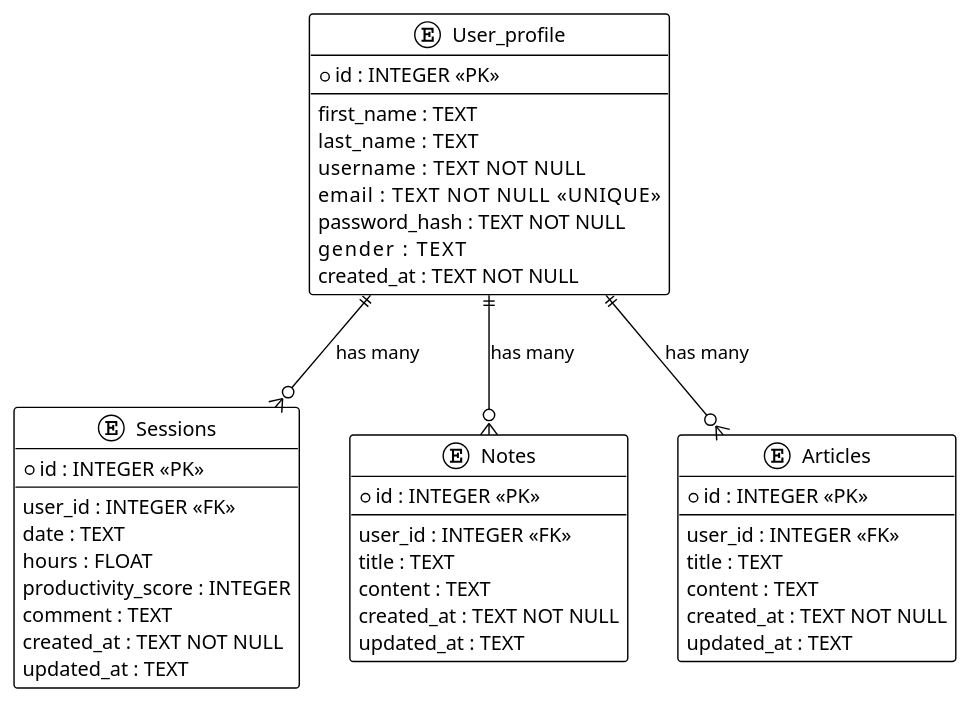
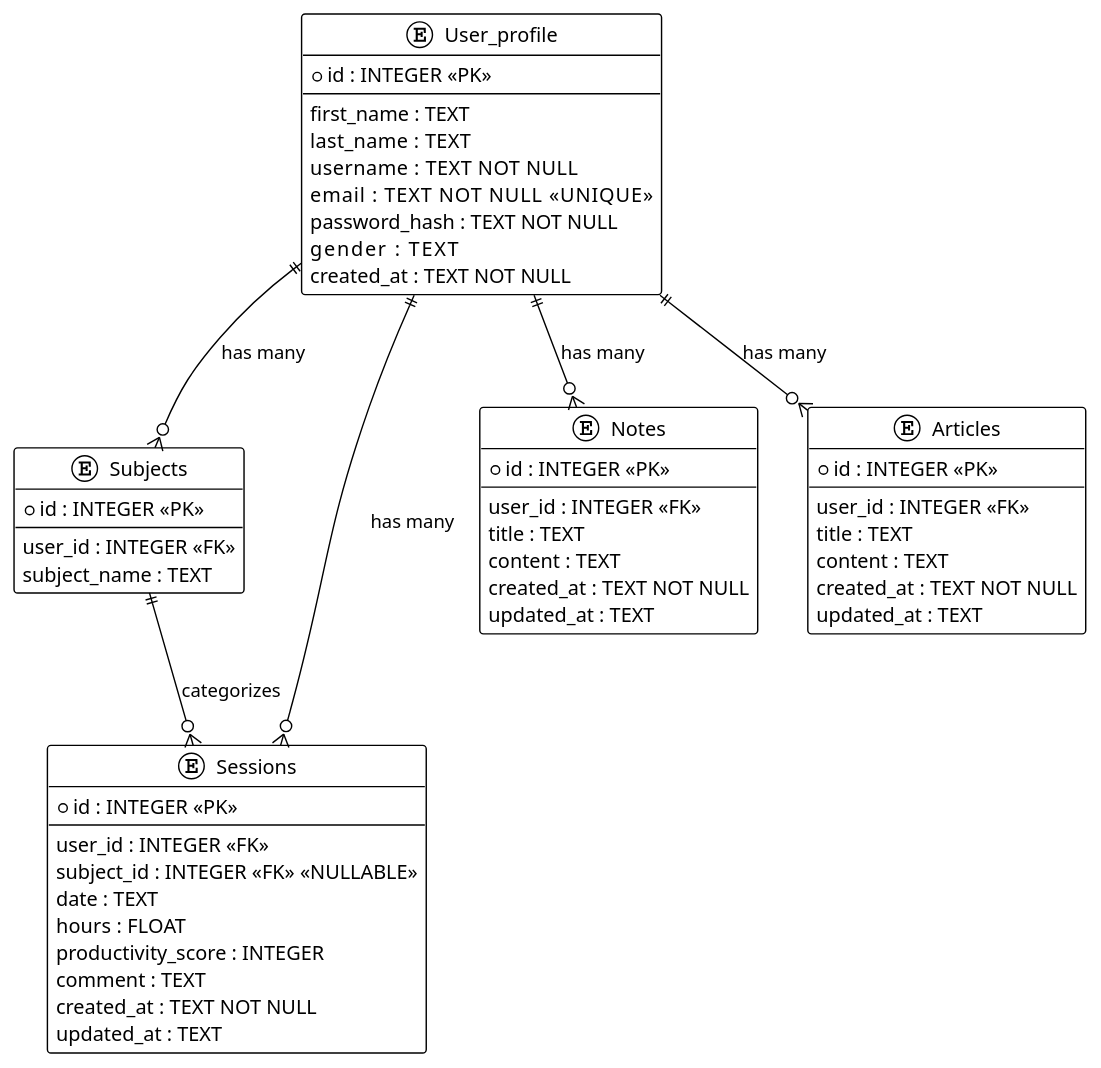
The diagram in backend/src/main/java/no/hiof/studytracker/modelling/ER_diagram.puml (Abdis10/StudyTracker), drawn with PlantUML before and after one commit.

Commit message:
feat: updated ER-diagram

```diff
--- a/backend/src/main/java/no/hiof/studytracker/modelling/ER_diagram.puml
+++ b/backend/src/main/java/no/hiof/studytracker/modelling/ER_diagram.puml
@@ -1,60 +1,71 @@
 @startuml
 !theme plain
 
 ' ---------------------------------------------------
 '                  ENTITY DEFINITIONS
 ' ---------------------------------------------------
 
 entity "User_profile" as User {
     + id : INTEGER <<PK>>
     --
     first_name : TEXT
     last_name  : TEXT
     username   : TEXT NOT NULL
     email      : TEXT NOT NULL <<UNIQUE>>
     password_hash : TEXT NOT NULL
     gender     : TEXT
     created_at : TEXT NOT NULL
 }
 
+entity "Subjects" as Subjects {
+    + id : INTEGER <<PK>>
+    --
+    user_id : INTEGER <<FK>>
+    subject_name : TEXT
+}
+
 entity "Sessions" as Sessions {
     + id : INTEGER <<PK>>
     --
     user_id : INTEGER <<FK>>
+    subject_id : INTEGER <<FK>> <<NULLABLE>>
     date : TEXT
     hours : FLOAT
     productivity_score : INTEGER
     comment : TEXT
     created_at : TEXT NOT NULL
     updated_at : TEXT
 }
 
 entity "Notes" as Notes {
     + id : INTEGER <<PK>>
     --
     user_id : INTEGER <<FK>>
     title : TEXT
     content : TEXT
     created_at : TEXT NOT NULL
     updated_at : TEXT
 }
 
 entity "Articles" as Articles {
     + id : INTEGER <<PK>>
     --
     user_id : INTEGER <<FK>>
     title : TEXT
     content : TEXT
     created_at : TEXT NOT NULL
     updated_at : TEXT
 }
 
 ' ---------------------------------------------------
 '                     RELATIONSHIPS
 ' ---------------------------------------------------
 
 User ||--o{ Sessions : "has many"
+User ||--o{ Subjects : "has many"
 User ||--o{ Notes : "has many"
 User ||--o{ Articles : "has many"
 
+Subjects ||--o{ Sessions : "categorizes"
+
 @enduml
```
